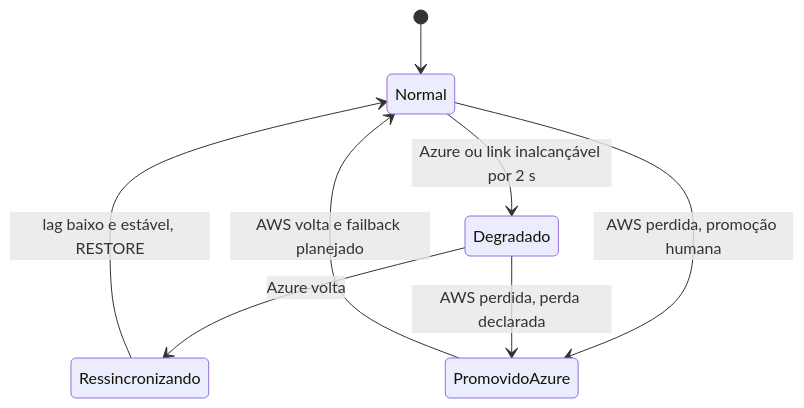
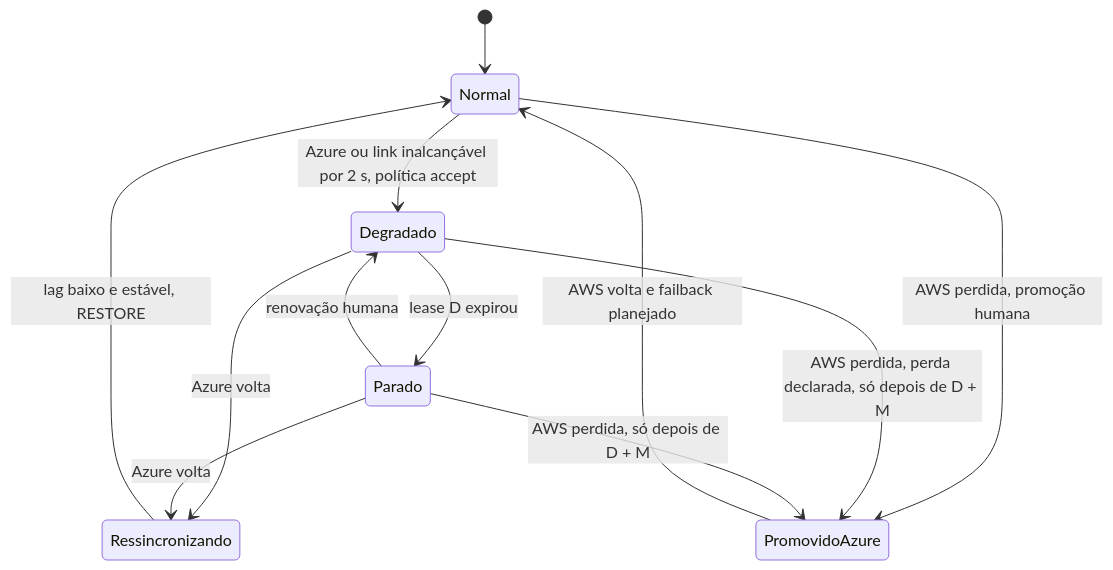
One commit to brbarmex/k changed the third of 3 diagrams in DataReplication_Versao_1.md. Above: the diagram before and after it, drawn with Mermaid. The commit also changed other lines of this file and 139 other files, not shown here.

````diff
--- a/DataReplication_Versao_1.md
+++ b/DataReplication_Versao_1.md
@@ -264,10 +281,14 @@
 ```mermaid
 stateDiagram-v2
     [*] --> Normal
-    Normal --> Degradado: Azure ou link inalcançável por 2 s
+    Normal --> Degradado: Azure ou link inalcançável por 2 s, política accept
+    Degradado --> Parado: lease D expirou
+    Parado --> Degradado: renovação humana
     Degradado --> Ressincronizando: Azure volta
+    Parado --> Ressincronizando: Azure volta
     Ressincronizando --> Normal: lag baixo e estável, RESTORE
     Normal --> PromovidoAzure: AWS perdida, promoção humana
-    Degradado --> PromovidoAzure: AWS perdida, perda declarada
+    Degradado --> PromovidoAzure: AWS perdida, perda declarada, só depois de D + M
+    Parado --> PromovidoAzure: AWS perdida, só depois de D + M
     PromovidoAzure --> Normal: AWS volta e failback planejado
 ```
````
